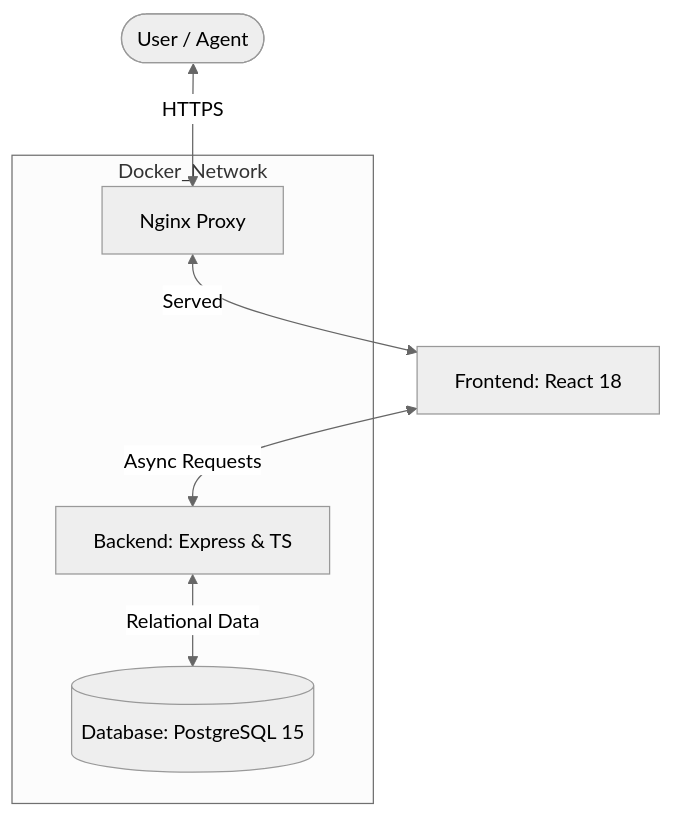
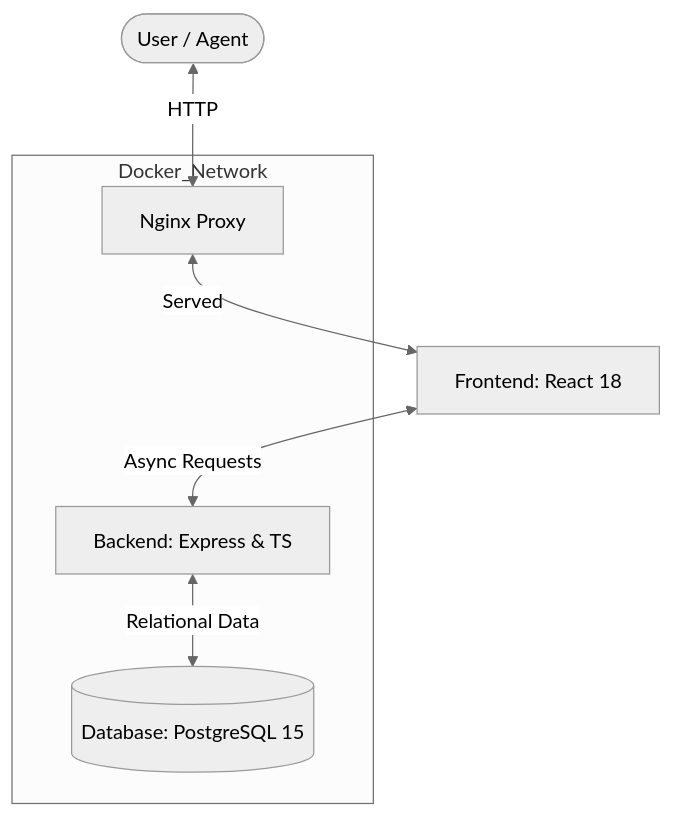
One commit to Sagarsangale01/property-listing-platform changed the diagram in README.md. Above: the diagram before and after it, drawn with Mermaid (neutral theme). The commit also changed other lines of this file, not shown here.

Commit message:
Finalized README documentation and Postman workspace link

````diff
--- a/README.md
+++ b/README.md
@@ -34,13 +34,13 @@
 ```mermaid
 graph TD
-    User([User / Agent]) <-->|HTTPS| Nginx[Nginx Proxy]
+    User([User / Agent]) <-->|HTTP| Nginx[Nginx Proxy]
     Nginx <-->|Served| Web[Frontend: React 18]
     Web <-->|Async Requests| API[Backend: Express & TS]
     API <-->|Relational Data| DB[(Database: PostgreSQL 15)]
     
     subgraph Docker_Network
         Nginx
         API
         DB
     end
 ```
````
